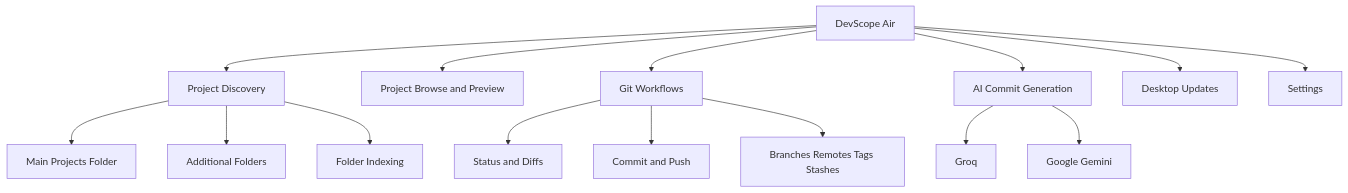
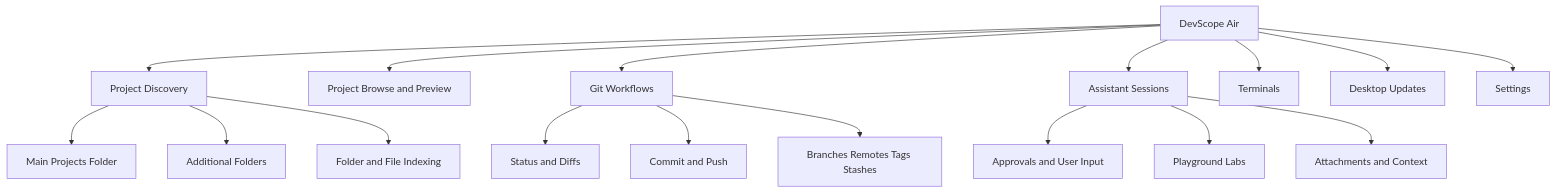
One commit to justelson/dev_scope changed the first of 2 diagrams in README.md. Above: the diagram before and after it, drawn with Mermaid. The commit also changed other lines of this file and 5 other files, not shown here.

````diff
--- a/README.md
+++ b/README.md
@@ -62,20 +63,22 @@
 ```mermaid
 graph TD
     A[DevScope Air] --> B[Project Discovery]
     A --> C[Project Browse and Preview]
     A --> D[Git Workflows]
-    A --> E[AI Commit Generation]
-    A --> F[Desktop Updates]
-    A --> G[Settings]
+    A --> E[Assistant Sessions]
+    A --> F[Terminals]
+    A --> G[Desktop Updates]
+    A --> H[Settings]
 
     B --> B1[Main Projects Folder]
     B --> B2[Additional Folders]
-    B --> B3[Folder Indexing]
+    B --> B3[Folder and File Indexing]
 
     D --> D1[Status and Diffs]
     D --> D2[Commit and Push]
     D --> D3[Branches Remotes Tags Stashes]
 
-    E --> E1[Groq]
-    E --> E2[Google Gemini]
+    E --> E1[Approvals and User Input]
+    E --> E2[Playground Labs]
+    E --> E3[Attachments and Context]
 ```
````
